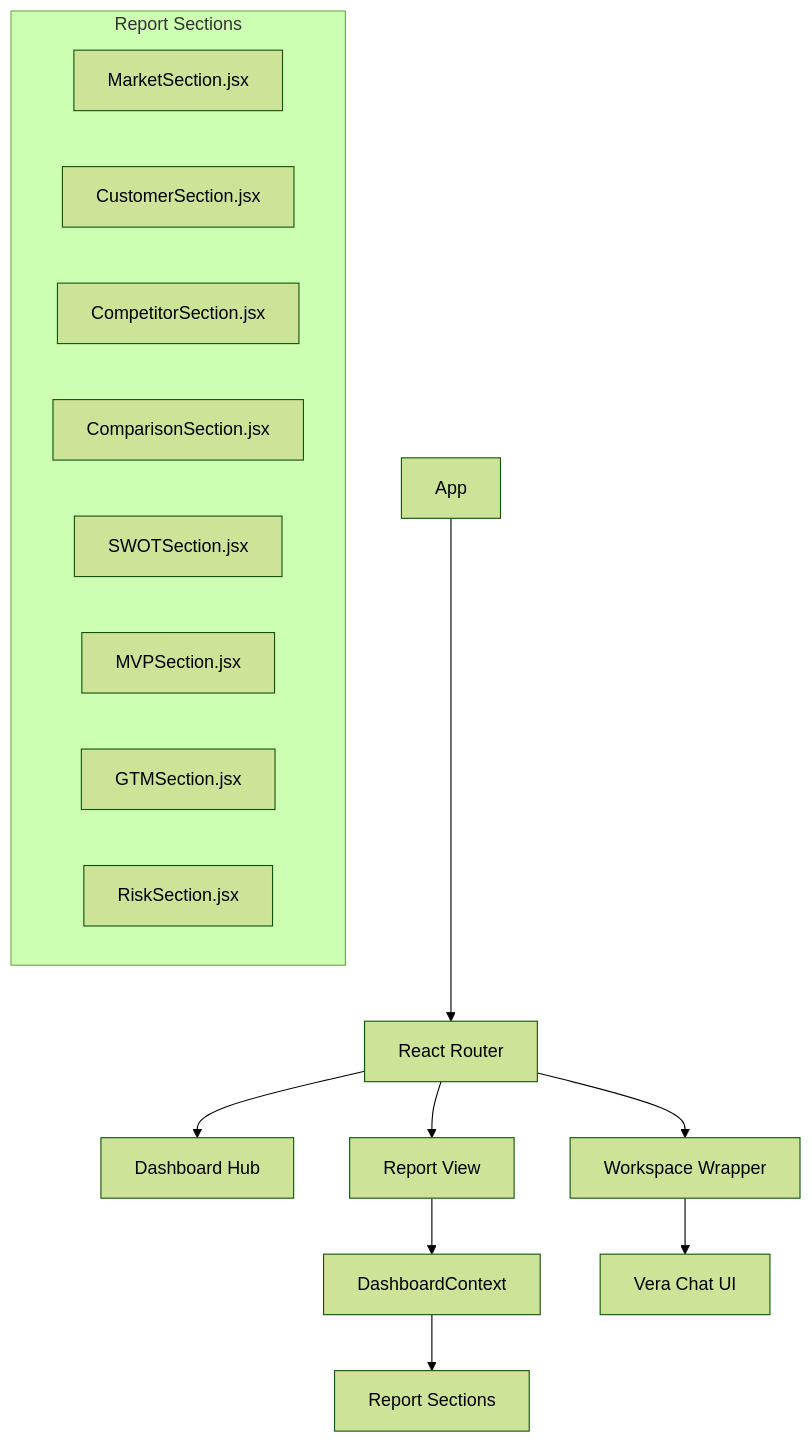
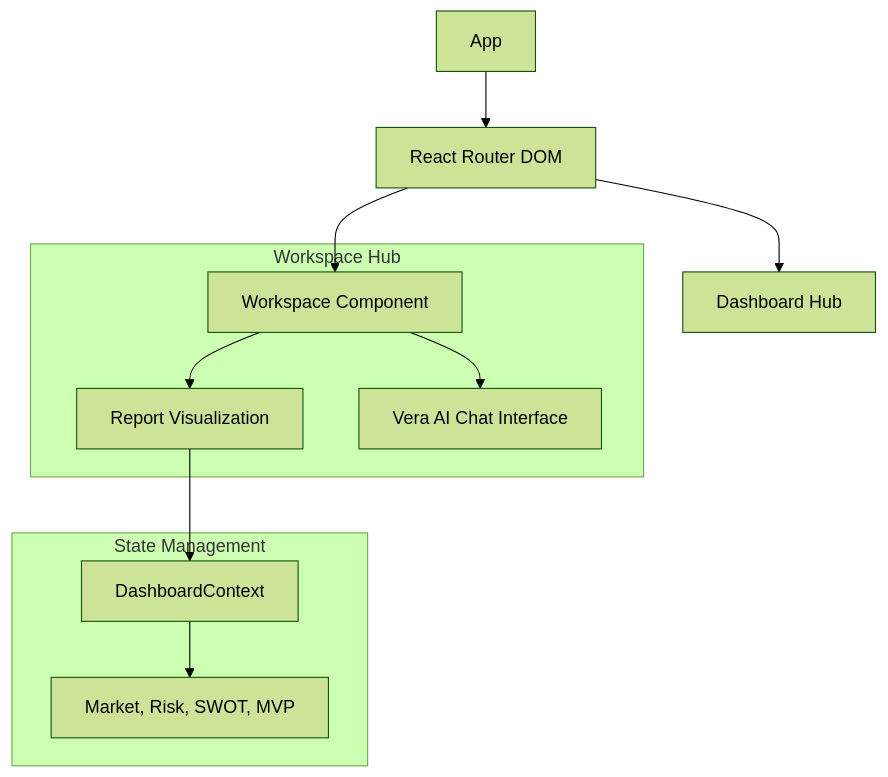
The second of 9 diagrams in docs/architecture.md (shreyar29/AI-Startup-Idea-Validator), drawn with Mermaid (forest theme) before and after one commit. The commit also changed other lines of this file and 6 other files, not shown here.

````diff
--- a/docs/architecture.md
+++ b/docs/architecture.md
@@ -42,24 +36,17 @@
 ```mermaid
 graph TD
-    App --> Router[React Router]
+    App --> Router[React Router DOM]
     
     Router --> Dashboard[Dashboard Hub]
-    Router --> Workspace[Workspace Wrapper]
-    Router --> ReportView[Report View]
+    Router --> Workspace[Workspace Component]
     
-    ReportView --> Context[DashboardContext]
-    Context --> Sections[Report Sections]
-    
-    subgraph Report Sections
-        Market[MarketSection.jsx]
-        Customer[CustomerSection.jsx]
-        Competitor[CompetitorSection.jsx]
-        Comparison[ComparisonSection.jsx]
-        SWOT[SWOTSection.jsx]
-        MVP[MVPSection.jsx]
-        GTM[GTMSection.jsx]
-        Risk[RiskSection.jsx]
+    subgraph Workspace Hub
+        Workspace --> ReportView[Report Visualization]
+        Workspace --> VeraUI[Vera AI Chat Interface]
     end
     
-    Workspace --> VeraUI[Vera Chat UI]
+    subgraph State Management
+        ReportView --> Context[DashboardContext]
+        Context --> Sections[Market, Risk, SWOT, MVP]
+    end
 ```
````
